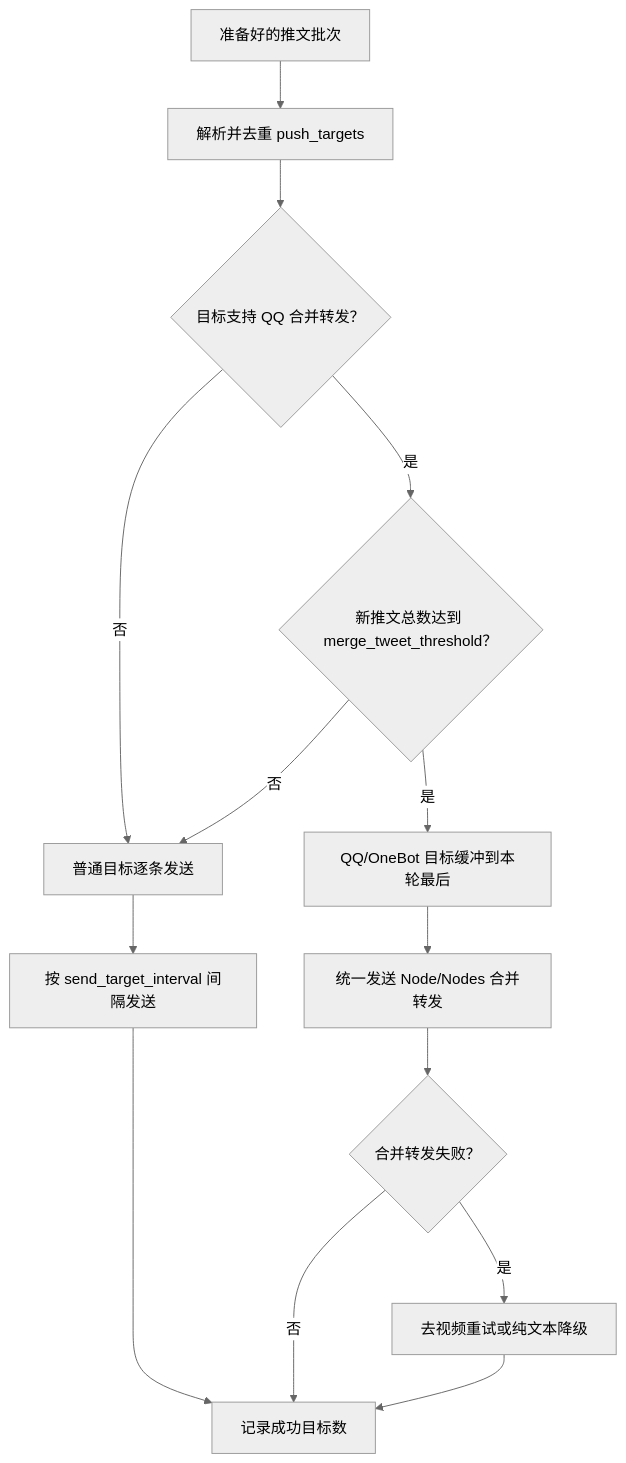
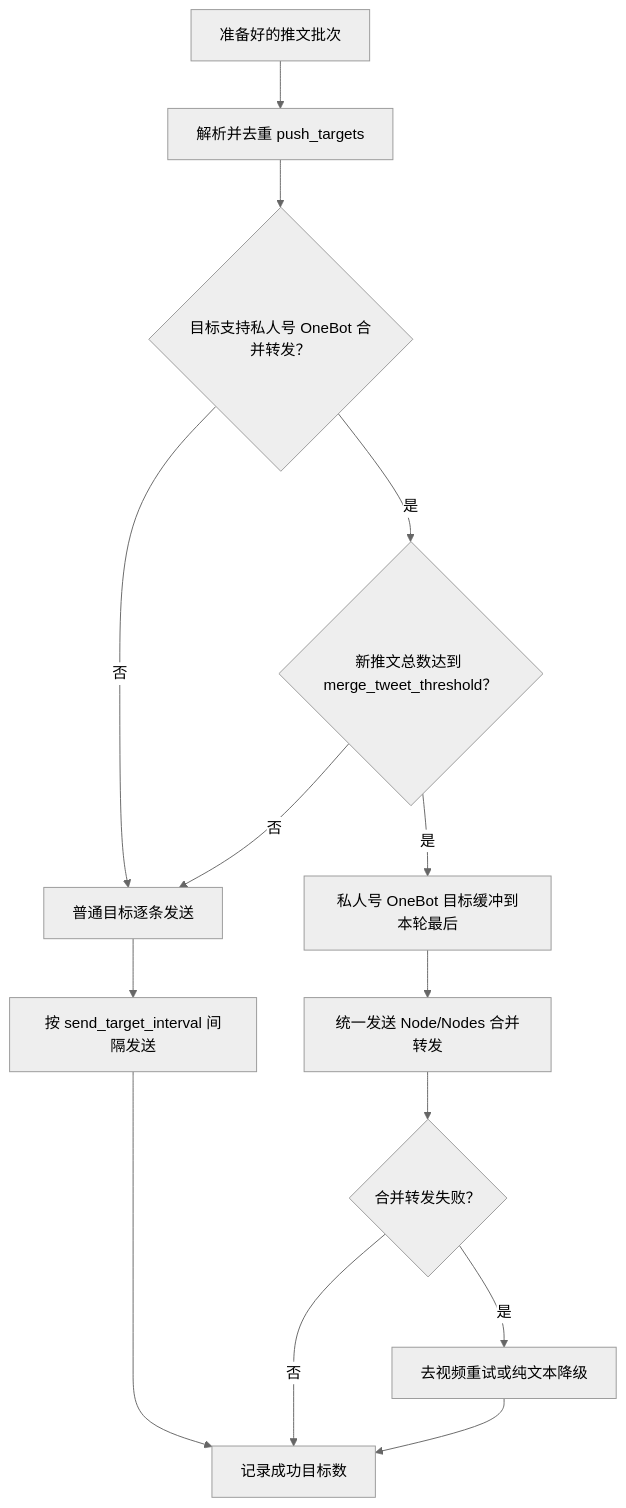
Before and after one commit to shitianyaa/astrbot_plugin_nitter_tweets: the second of 3 diagrams in docs/advanced.md, drawn with Mermaid (neutral theme). The commit also changed other lines of this file and 14 other files, not shown here.

````diff
--- a/docs/advanced.md
+++ b/docs/advanced.md
@@ -51,16 +54,16 @@
 ```mermaid
 flowchart TD
     A["准备好的推文批次"] --> B["解析并去重 push_targets"]
-    B --> C{"目标支持 QQ 合并转发？"}
+    B --> C{"目标支持私人号 OneBot 合并转发？"}
     C -->|否| D["普通目标逐条发送"]
     C -->|是| E{"新推文总数达到 merge_tweet_threshold？"}
     E -->|否| D
-    E -->|是| F["QQ/OneBot 目标缓冲到本轮最后"]
+    E -->|是| F["私人号 OneBot 目标缓冲到本轮最后"]
     D --> G["按 send_target_interval 间隔发送"]
     F --> H["统一发送 Node/Nodes 合并转发"]
     H --> I{"合并转发失败？"}
     I -->|否| J["记录成功目标数"]
     I -->|是| K["去视频重试或纯文本降级"]
     K --> J
     G --> J
 ```
````
